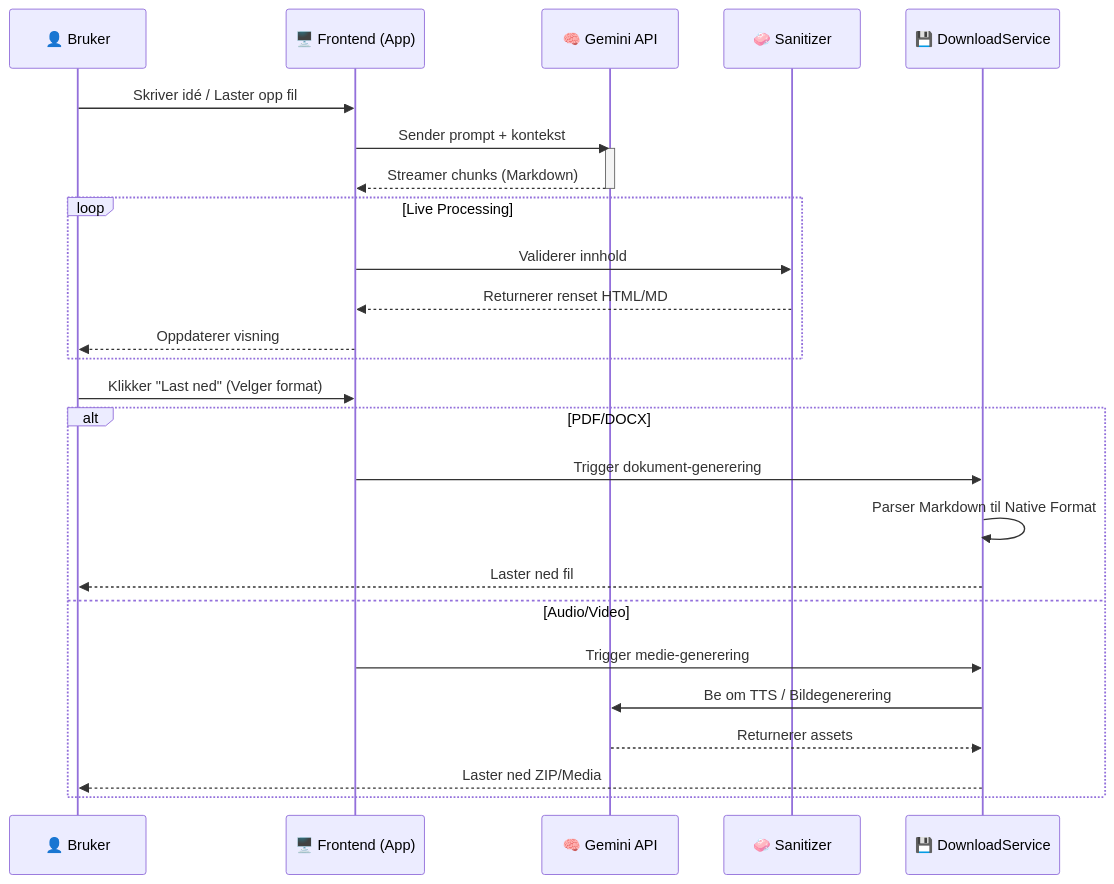
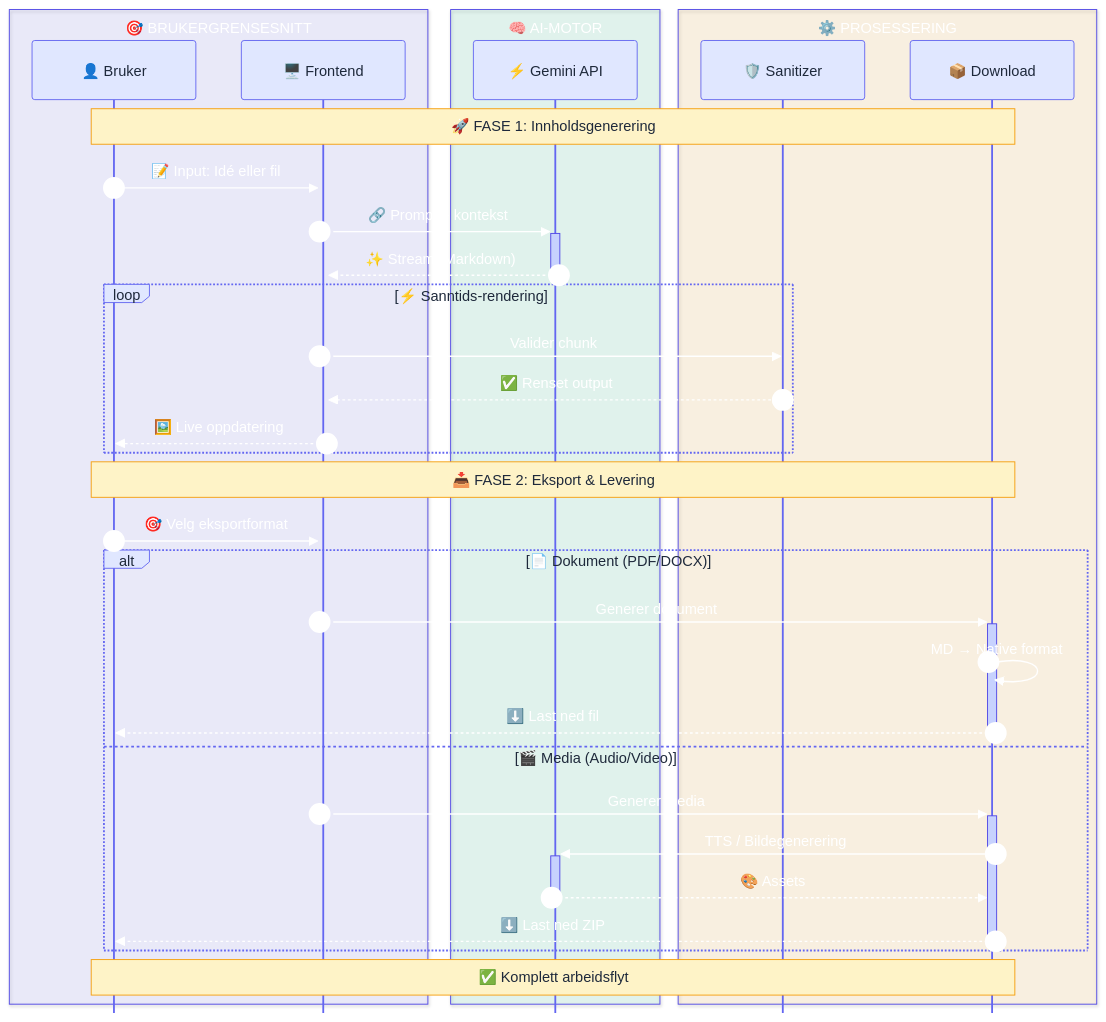
Before and after one commit to engan/story-engine: the second of 3 diagrams in README.md, drawn with Mermaid. The commit also changed other lines of this file, not shown here.

Commit message:
Oppdatert README.md, sekvensdiagram

````diff
--- a/README.md
+++ b/README.md
@@ -68,33 +102,75 @@
 ```mermaid
-%%{init: {'themeVariables': { 'fontSize': '32px', 'fontFamily': 'arial'}}}%%
+%%{init: {
+  'theme': 'base',
+  'themeVariables': {
+    'primaryColor': '#6366f1',
+    'primaryTextColor': '#ffffff',
+    'primaryBorderColor': '#4f46e5',
+    'secondaryColor': '#10b981',
+    'tertiaryColor': '#f0f9ff',
+    'lineColor': '#6366f1',
+    'noteTextColor': '#1e293b',
+    'noteBkgColor': '#fef3c7',
+    'noteBorderColor': '#f59e0b',
+    'actorTextColor': '#1e293b',
+    'actorBkg': '#e0e7ff',
+    'actorBorder': '#6366f1',
+    'activationBkgColor': '#c7d2fe',
+    'activationBorderColor': '#4f46e5',
+    'sequenceNumberColor': '#ffffff'
+  },
+  'sequence': {
+    'mirrorActors': false,
+    'messageAlign': 'center',
+    'width': 180,
+    'useMaxWidth': true
+  }
+}}%%
+
 sequenceDiagram
-    participant User as 👤 Bruker
-    participant FE as 🖥️ Frontend (App)
-    participant AI as 🧠 Gemini API
-    participant San as 🧼 Sanitizer
-    participant DL as 💾 DownloadService
-
-    User->>FE: Skriver idé / Laster opp fil
-    FE->>AI: Sender prompt + kontekst
-    activate AI
-    AI-->>FE: Streamer chunks (Markdown)
-    deactivate AI
+    autonumber
     
-    loop Live Processing
-        FE->>San: Validerer innhold
-        San-->>FE: Returnerer renset HTML/MD
-        FE-->>User: Oppdaterer visning
+    box rgba(99, 102, 241, 0.1) 🎯 BRUKERGRENSESNITT
+        participant User as 👤 Bruker
+        participant FE as 🖥️ Frontend
     end
     
-    User->>FE: Klikker "Last ned" (Velger format)
-    alt PDF/DOCX
-        FE->>DL: Trigger dokument-generering
-        DL->>DL: Parser Markdown til Native Format
-        DL-->>User: Laster ned fil
-    else Audio/Video
-        FE->>DL: Trigger medie-generering
-        DL->>AI: Be om TTS / Bildegenerering
-        AI-->>DL: Returnerer assets
-        DL-->>User: Laster ned ZIP/Media
+    box rgba(16, 185, 129, 0.1) 🧠 AI-MOTOR
+        participant AI as ⚡ Gemini API
     end
+    
+    box rgba(245, 158, 11, 0.1) ⚙️ PROSESSERING
+        participant San as 🛡️ Sanitizer
+        participant DL as 📦 Download
+    end
+
+    Note over User,DL: 🚀 FASE 1: Innholdsgenerering
+    
+    User->>+FE: 📝 Input: Idé eller fil
+    FE->>+AI: 🔗 Prompt + kontekst
+    
+    AI-->>-FE: ✨ Stream (Markdown)
+    
+    loop ⚡ Sanntids-rendering
+        FE->>San: Valider chunk
+        San-->>FE: ✅ Renset output
+        FE-->>User: 🖼️ Live oppdatering
+    end
+    
+    Note over User,DL: 📥 FASE 2: Eksport & Levering
+    
+    User->>FE: 🎯 Velg eksportformat
+    
+    alt 📄 Dokument (PDF/DOCX)
+        FE->>+DL: Generer dokument
+        DL->>DL: MD → Native format
+        DL-->>-User: ⬇️ Last ned fil
+    else 🎬 Media (Audio/Video)
+        FE->>+DL: Generer media
+        DL->>+AI: TTS / Bildegenerering
+        AI-->>-DL: 🎨 Assets
+        DL-->>-User: ⬇️ Last ned ZIP
+    end
+    
+    Note over User,DL: ✅ Komplett arbeidsflyt
 ```
````
